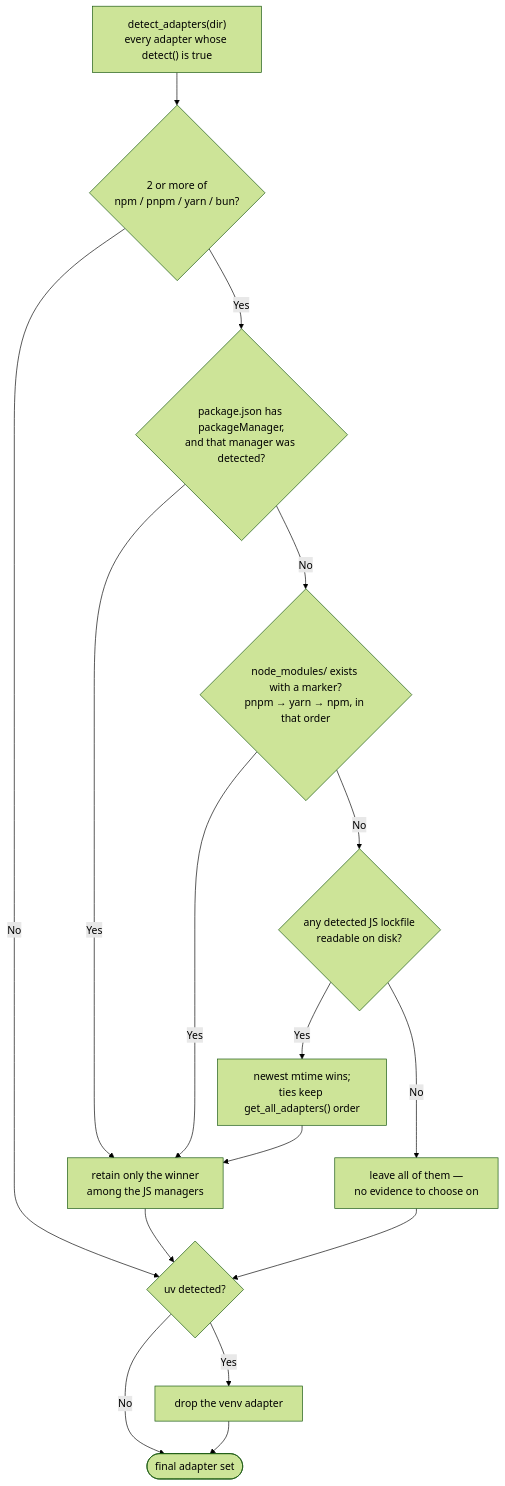
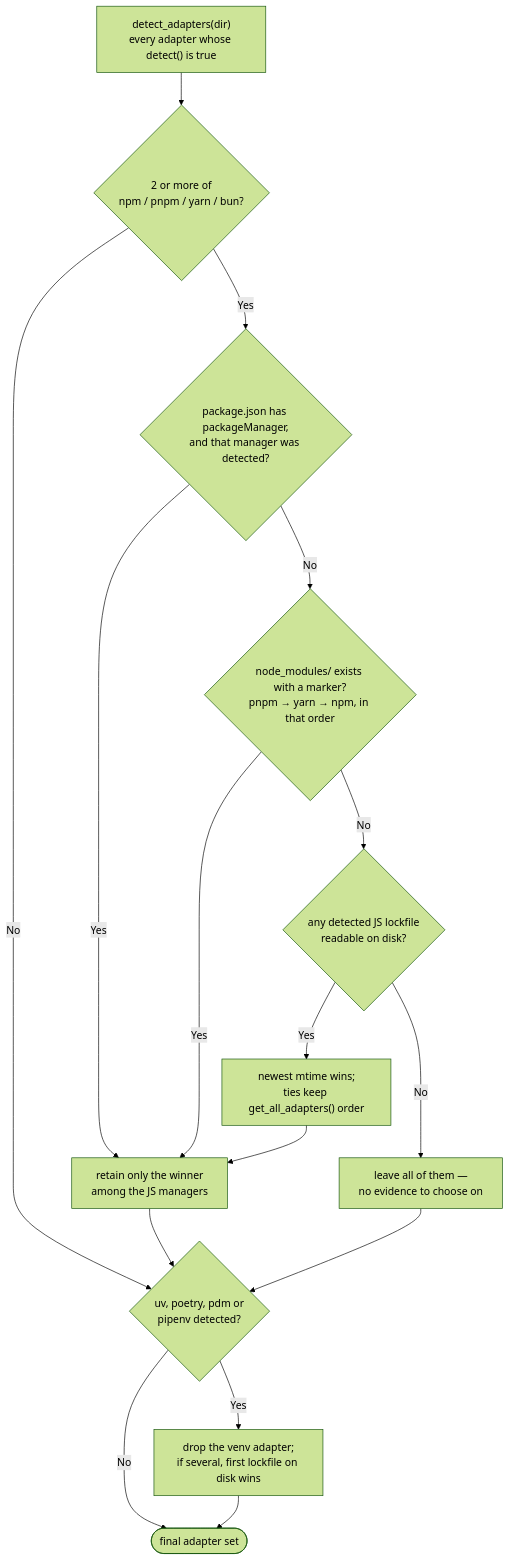
One commit to Life-Experimentalist/dev-prune changed the first of 2 diagrams in docs/architecture/LLD.md. Above: the diagram before and after it, drawn with Mermaid (forest theme). The commit also changed other lines of this file and 34 other files, not shown here.

````diff
--- a/docs/architecture/LLD.md
+++ b/docs/architecture/LLD.md
@@ -232,18 +244,18 @@
 ```mermaid
 flowchart TD
     Det["detect_adapters(dir)<br/>every adapter whose detect() is true"] --> Count{"2 or more of<br/>npm / pnpm / yarn / bun?"}
     Count -->|No| Py
     Count -->|Yes| S1{"package.json has packageManager,<br/>and that manager was detected?"}
     S1 -->|Yes| Win["retain only the winner<br/>among the JS managers"]
     S1 -->|No| S2{"node_modules/ exists with a marker?<br/>pnpm → yarn → npm, in that order"}
     S2 -->|Yes| Win
     S2 -->|No| S3{"any detected JS lockfile<br/>readable on disk?"}
     S3 -->|Yes| Newest["newest mtime wins;<br/>ties keep get_all_adapters() order"]
     Newest --> Win
     S3 -->|No| Keep["leave all of them —<br/>no evidence to choose on"]
     Win --> Py
     Keep --> Py
-    Py{"uv detected?"} -->|Yes| DropVenv["drop the venv adapter"]
+    Py{"uv, poetry, pdm or<br/>pipenv detected?"} -->|Yes| DropVenv["drop the venv adapter;<br/>if several, first lockfile on disk wins"]
     Py -->|No| Done
     DropVenv --> Done(["final adapter set"])
 ```
````
